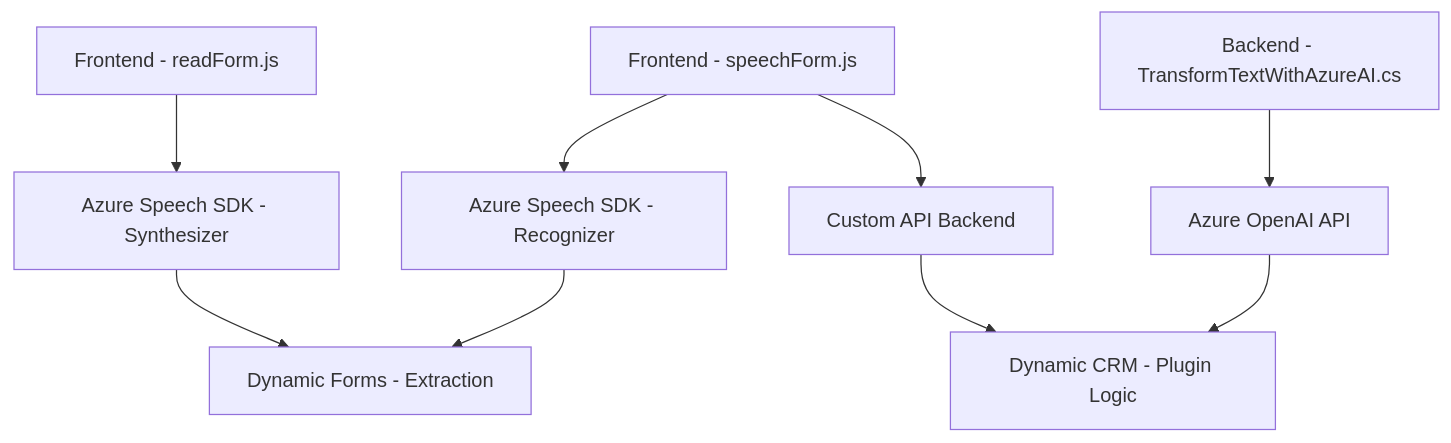
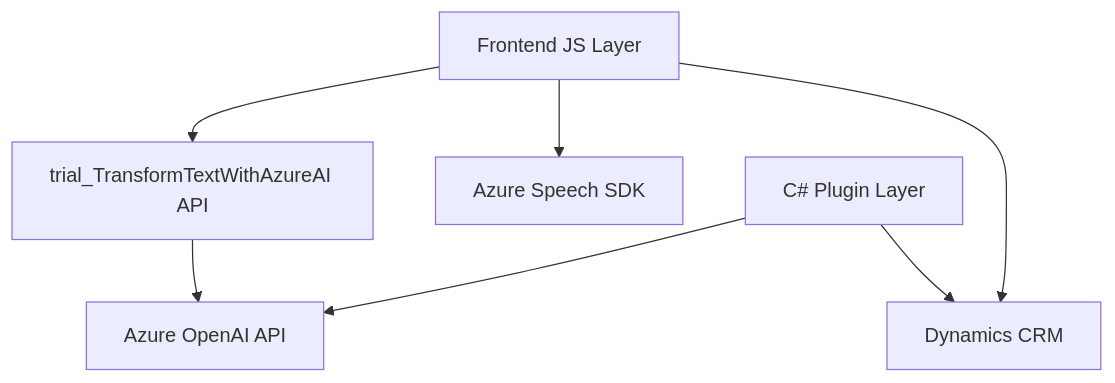
Before and after one commit to blopezdm/NETCORE_BILBAO2025: the diagram in README.md, drawn with Mermaid. The commit also changed other lines of this file, not shown here.

````diff
--- a/README.md
+++ b/README.md
@@ -51,11 +56,16 @@
 ```mermaid
 graph TD
-    A["Frontend - readForm.js"] --> B["Azure Speech SDK - Synthesizer"]
-    C["Frontend - speechForm.js"] --> D["Azure Speech SDK - Recognizer"]
-    C --> E["Custom API Backend"]
-    F["Backend - TransformTextWithAzureAI.cs"] --> G["Azure OpenAI API"]
-    B --> H["Dynamic Forms - Extraction"]
-    D --> H
-    G --> I["Dynamic CRM - Plugin Logic"]
-    E --> I
+    A["Frontend JS Layer"]
+    B["C# Plugin Layer"]
+    C["Dynamics CRM"]
+    D["Azure Speech SDK"]
+    E["Azure OpenAI API"]
+    F["trial_TransformTextWithAzureAI API"]
+    
+    A --> D
+    A --> F
+    A --> C
+    B --> E
+    B --> C
+    F --> E
 ```
````
